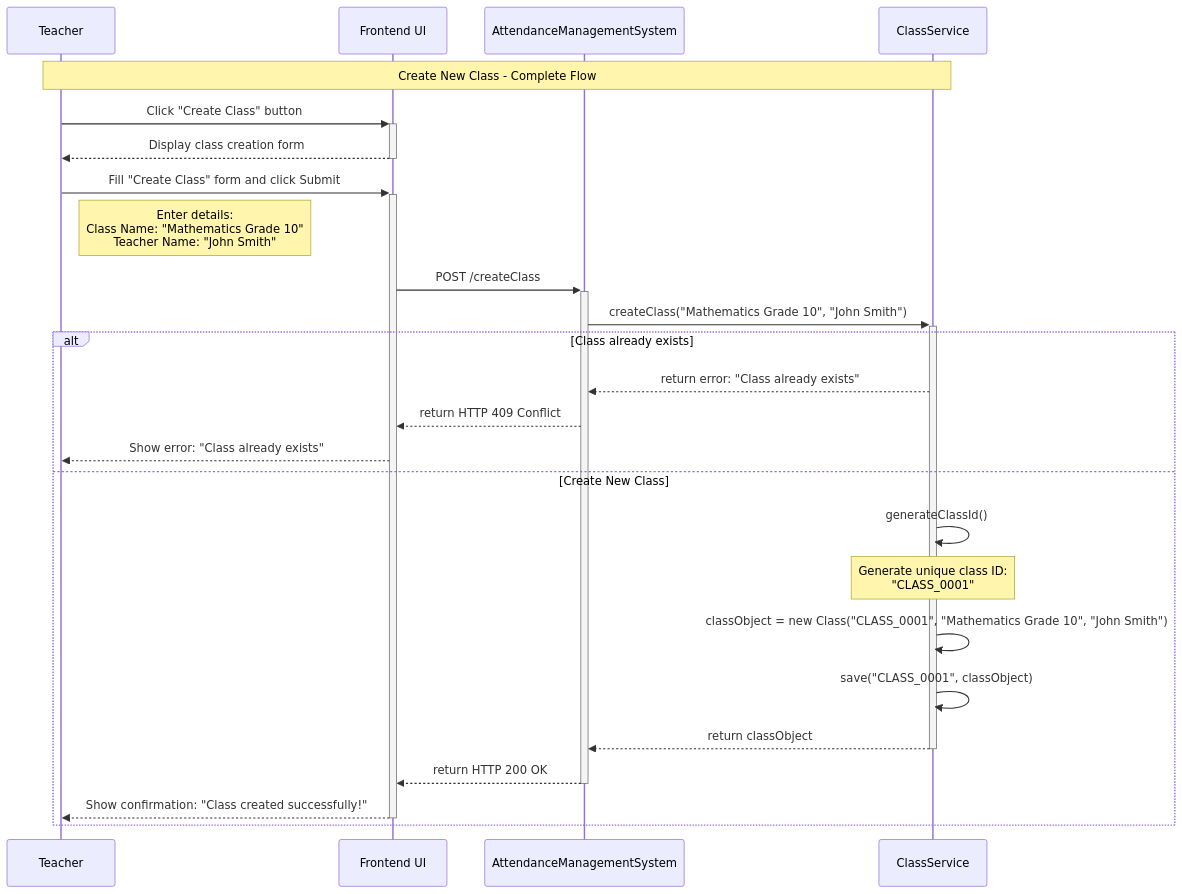
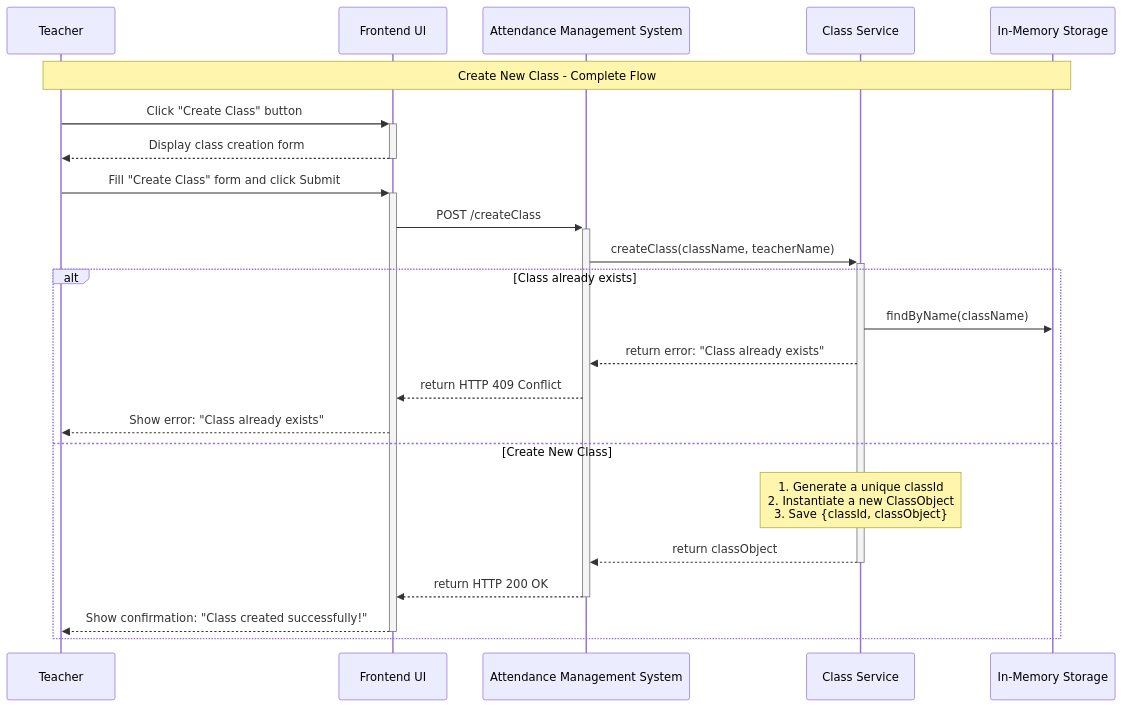
The first of 4 diagrams in Backend Engineering/Case Studies/Case Study 1. Attendance Management System/Documentation/2. Sequence Flow.md (NishchayAnand/software-engineering), drawn with Mermaid before and after one commit. The commit also changed other lines of this file and 1 other file, not shown here.

Commit message:
trying to figure out the best way to design business logic documentation

````diff
--- a/Backend Engineering/Case Studies/Case Study 1. Attendance Management System/Documentation/2. Sequence Flow.md
+++ b/Backend Engineering/Case Studies/Case Study 1. Attendance Management System/Documentation/2. Sequence Flow.md
@@ -30,34 +30,31 @@
 ```mermaid
 sequenceDiagram
 	participant T as Teacher
 	participant UI as Frontend UI
-	participant AMS as AttendanceManagementSystem
-	participant CS as ClassService
+	participant AMS as Attendance Management System
+	participant CS as Class Service
+	participant ST as In-Memory Storage
 
-	Note over T,CS: Create New Class - Complete Flow
+	Note over T,ST: Create New Class - Complete Flow
 
 	%% Interaction 1: Click the "Create Class" Button
 	T->>+UI: Click "Create Class" button
 	UI-->>-T: Display class creation form
 
 	%% Interaction 2: Submit the "Create Class" Form
 	T->>+UI: Fill "Create Class" form and click Submit
-	Note right of T: Enter details:<br/>Class Name: "Mathematics Grade 10"<br/>Teacher Name: "John Smith"
-
 	UI->>+AMS: POST /createClass
-	AMS->>+CS: createClass("Mathematics Grade 10", "John Smith")
+	AMS->>+CS: createClass(className, teacherName)
 
 	alt Class already exists
+		CS->>ST: findByName(className)
 		CS-->>AMS: return error: "Class already exists"
 		AMS-->>UI: return HTTP 409 Conflict
 		UI-->>T: Show error: "Class already exists"
 	else Create New Class
-		CS->>CS: generateClassId()
-		Note over CS: Generate unique class ID: <br/> "CLASS_0001"
-		CS->>CS: classObject = new Class("CLASS_0001", "Mathematics Grade 10", "John Smith")
-		CS->>CS: save("CLASS_0001", classObject)
+		Note over CS: 1. Generate a unique classId <br/> 2. Instantiate a new ClassObject <br/> 3. Save {classId, classObject}
 		CS-->>-AMS: return classObject
 		AMS-->>-UI: return HTTP 200 OK
 		UI-->>-T: Show confirmation: "Class created successfully!"
 	end
 ```
````
